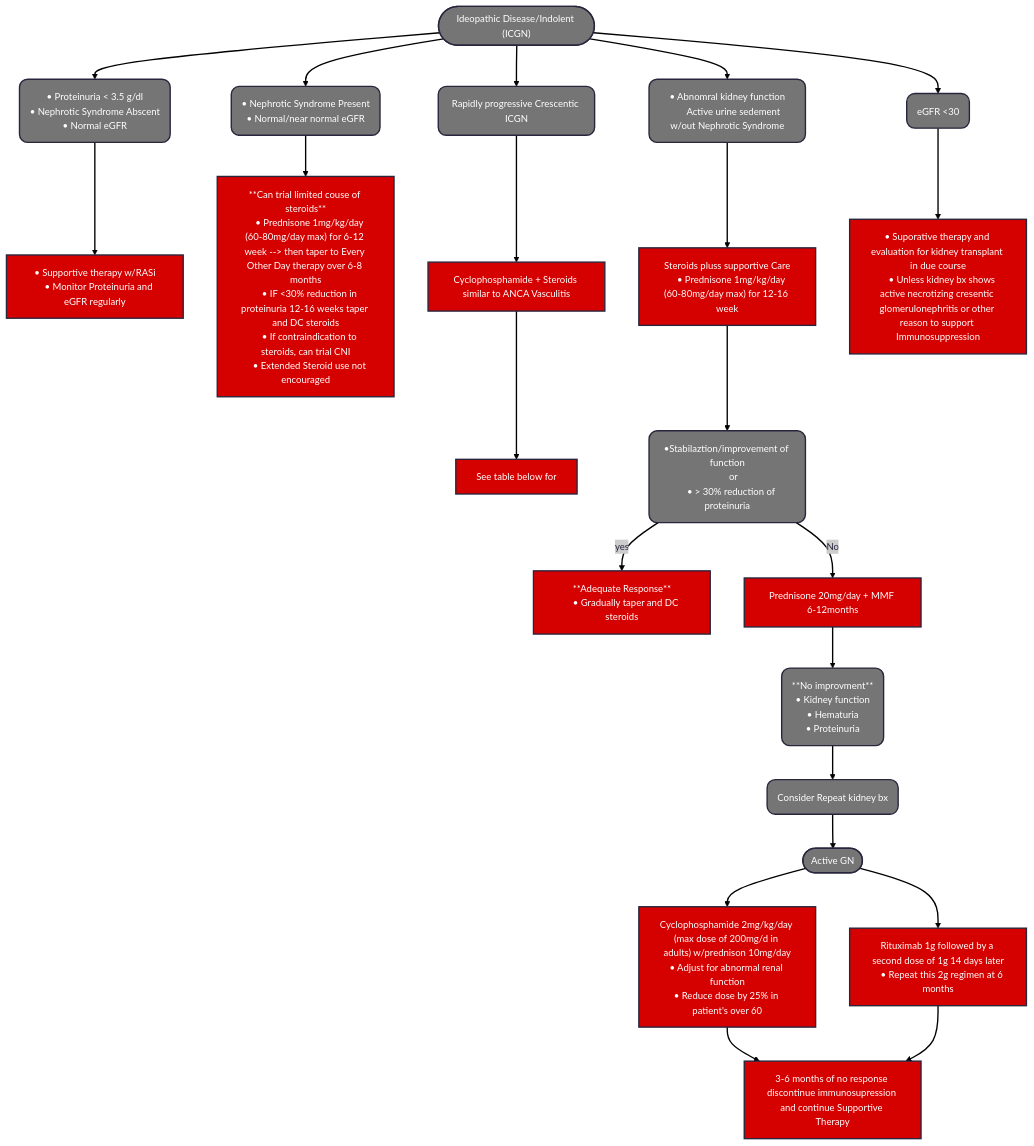
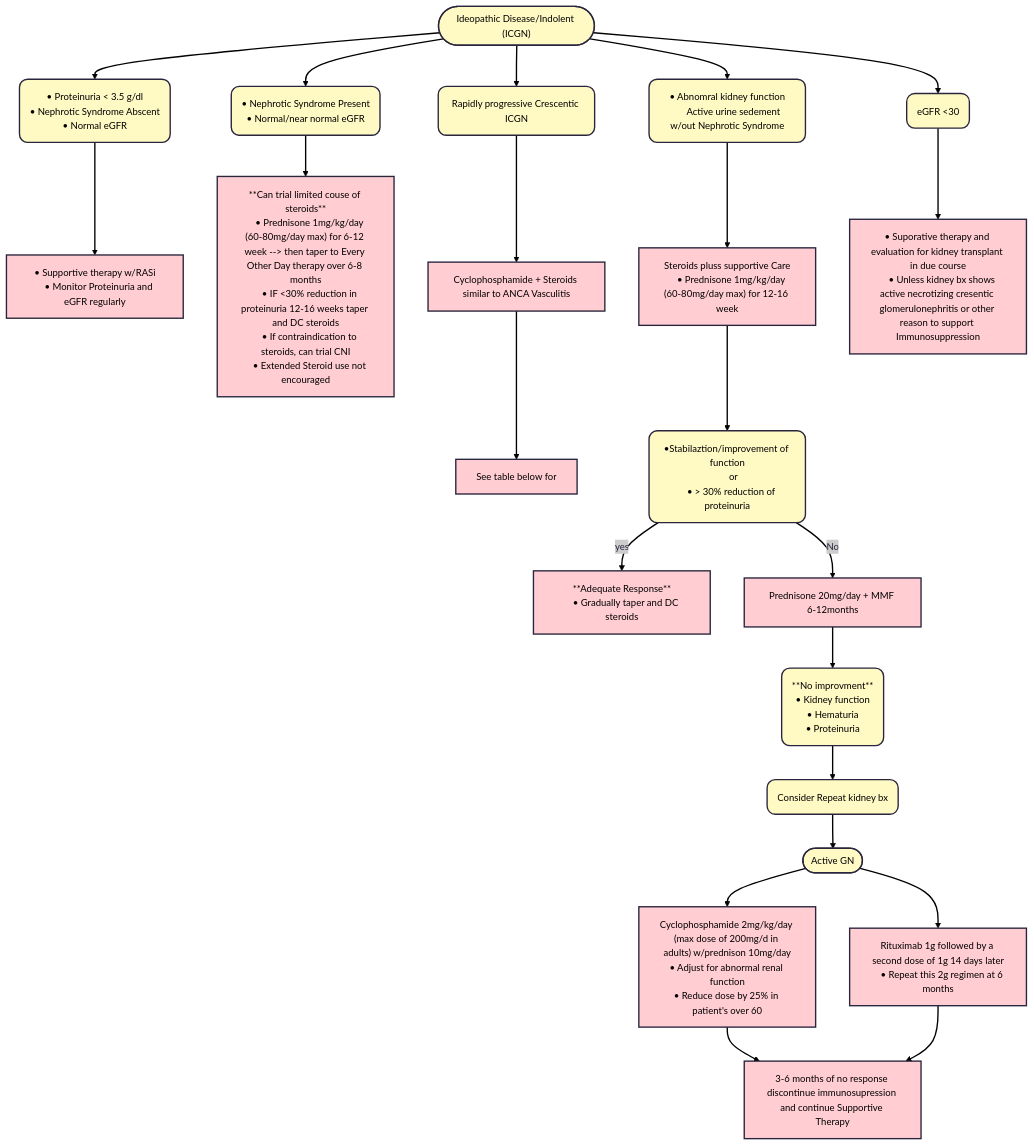
One commit to TTUNEPH2025/GN changed the second of 2 diagrams in docs/MPGN-C3GN.md. Above: the diagram before and after it, drawn with Mermaid. The commit also changed other lines of this file, not shown here.

````diff
--- a/docs/MPGN-C3GN.md
+++ b/docs/MPGN-C3GN.md
@@ -169,72 +169,72 @@
 ```mermaid
 ---
 config:
   theme: redux
 ---
 flowchart TD
     n22(["Ideopathic Disease/Indolent (ICGN)"]) --> n25["• Proteinuria &lt; 3.5 g/dl
      • Nephrotic Syndrome Abscent
      • Normal eGFR"] & n26["• Nephrotic Syndrome Present
      • Normal/near normal eGFR"] & n27["• Abnomral kidney function
       Active urine sedement w/out Nephrotic Syndrome"] & n28["Rapidly progressive Crescentic ICGN"] & n29["eGFR &lt;30"]
     n25 --> n35["• Supportive therapy w/RASi
     • Monitor Proteinuria and eGFR regularly"]
     n26 --> n36["**Can trial limited couse of steroids**
     • Prednisone 1mg/kg/day (60-80mg/day max) for 6-12 week --&gt; then taper to Every Other Day therapy over 6-8 months
     • IF &lt;30% reduction in proteinuria 12-16 weeks taper and DC steroids
     • If contraindication to steroids, can trial CNI
     • Extended Steroid use not encouraged"]
     n27 --> n37["Steroids pluss supportive Care
     • Prednisone 1mg/kg/day (60-80mg/day max) for 12-16 week"]
     n28 --> n38["Cyclophosphamide + Steroids similar to ANCA Vasculitis"]
     n29 --> n39["• Suporative therapy and evaluation for kidney transplant in due course
     • Unless kidney bx shows active necrotizing cresentic glomerulonephritis or other reason to support Immunosuppression"]
     n38 --> n40["See table below for"]
     n37 --> n41["•Stabilaztion/improvement of function
      or
     • > 30% reduction of proteinuria"]
     n41 -- yes --> n43["**Adequate Response**
     • Gradually taper and DC steroids"]
     n41 -- No --> n44["Prednisone 20mg/day + MMF 6-12months"]
     n44 --> n45["**No improvment**
     • Kidney function
     • Hematuria
     • Proteinuria"]
     n45 --> n46["Consider Repeat kidney bx"]
     n46 --> n47(["Active GN"])
     n47 --> n48@{ label: "Cyclophosphamide 2mg/kg/day (max dose of 200mg/d in adults) w/prednison 10mg/day\n    • Adjust for abnormal renal function\n    • Reduce dose by 25% in patient's over 60" } & n49["Rituximab 1g followed by a second dose of 1g 14 days later
     • Repeat this 2g regimen at 6 months"]
     n48 --> n50["3-6 months of no response discontinue immunosupression and continue Supportive Therapy"]
     n49 --> n50
     n25@{ shape: rounded}
     n26@{ shape: rounded}
     n27@{ shape: rounded}
     n28@{ shape: rounded}
     n29@{ shape: rounded}
     n41@{ shape: rounded}
     n43@{ shape: rect}
     n45@{ shape: rounded}
     n46@{ shape: rounded}
     n48@{ shape: rect}
-    style n22 fill:#757575,color:#FFFFFF
-    style n25 fill:#757575,color:#FFFFFF
-    style n26 fill:#757575,color:#FFFFFF
-    style n27 fill:#757575,color:#FFFFFF
-    style n28 fill:#757575,color:#FFFFFF
-    style n29 fill:#757575,color:#FFFFFF
-    style n35 fill:#D50000,color:#FFFFFF
-    style n36 fill:#D50000,color:#FFFFFF
-    style n37 fill:#D50000,color:#FFFFFF
-    style n38 fill:#D50000,color:#FFFFFF
-    style n39 fill:#D50000,color:#FFFFFF
-    style n40 fill:#D50000,color:#FFFFFF
-    style n41 fill:#757575,color:#FFFFFF
-    style n43 fill:#D50000,color:#FFFFFF
-    style n44 color:#FFFFFF,fill:#D50000
-    style n45 fill:#757575,color:#FFFFFF
-    style n46 fill:#757575,color:#FFFFFF
-    style n47 fill:#757575,color:#FFFFFF
-    style n48 color:#FFFFFF,fill:#D50000
-    style n49 color:#FFFFFF,fill:#D50000
-    style n50 fill:#D50000,color:#FFFFFF
+    style n22 color:#000000,fill:#FFF9C4
+    style n25 color:#000000,fill:#FFF9C4
+    style n26 color:#000000,fill:#FFF9C4
+    style n27 color:#000000,fill:#FFF9C4
+    style n28 color:#000000,fill:#FFF9C4
+    style n29 color:#000000,fill:#FFF9C4
+    style n35 fill:#FFCDD2,color:#000000
+    style n36 fill:#FFCDD2,color:#000000
+    style n37 fill:#FFCDD2,color:#000000
+    style n38 fill:#FFCDD2,color:#000000
+    style n39 fill:#FFCDD2,color:#000000
+    style n40 fill:#FFCDD2,color:#000000
+    style n41 color:#000000,fill:#FFF9C4
+    style n43 fill:#FFCDD2,color:#000000
+    style n44 fill:#FFCDD2,color:#000000
+    style n45 color:#000000,fill:#FFF9C4
+    style n46 color:#000000,fill:#FFF9C4
+    style n47 color:#000000,fill:#FFF9C4
+    style n48 fill:#FFCDD2,color:#000000
+    style n49 fill:#FFCDD2,color:#000000
+    style n50 fill:#FFCDD2,color:#000000
 ```
````
